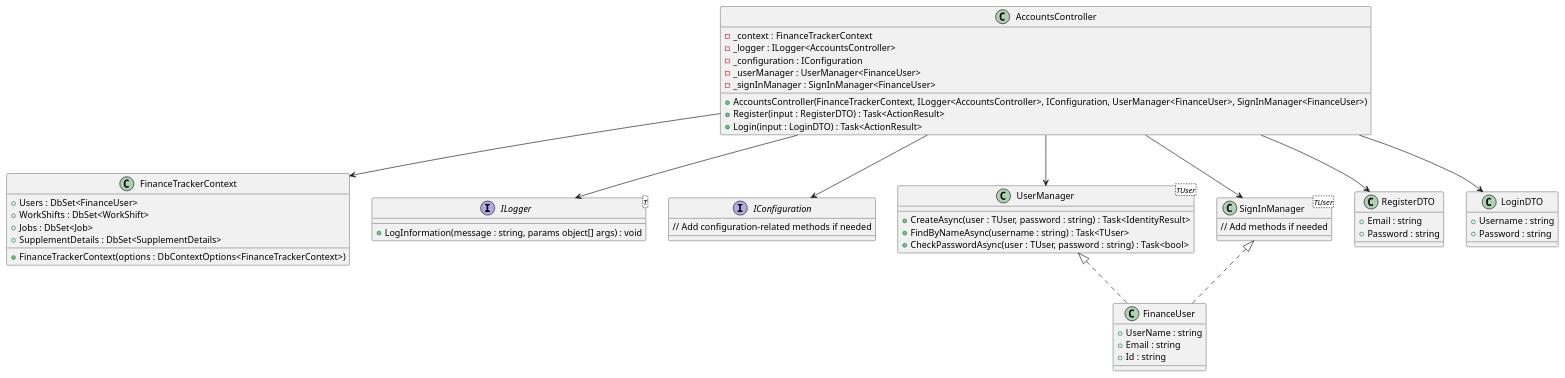
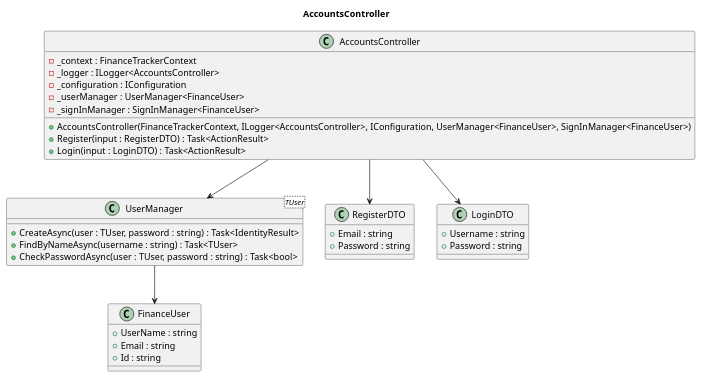
Before and after one commit to a-chiha/FinanceTrackerBackend: the diagram in diagrams/backend/AccountControllerDiagram.puml, drawn with PlantUML. The commit also changed 12 other files, not shown here.

```diff
--- a/diagrams/backend/AccountControllerDiagram.puml
+++ b/diagrams/backend/AccountControllerDiagram.puml
@@ -1,64 +1,51 @@
 @startuml
+title AccountsController
 class AccountsController {
     - _context : FinanceTrackerContext
     - _logger : ILogger<AccountsController>
     - _configuration : IConfiguration
     - _userManager : UserManager<FinanceUser>
     - _signInManager : SignInManager<FinanceUser>
     + AccountsController(FinanceTrackerContext, ILogger<AccountsController>, IConfiguration, UserManager<FinanceUser>, SignInManager<FinanceUser>)
     + Register(input : RegisterDTO) : Task<ActionResult>
     + Login(input : LoginDTO) : Task<ActionResult>
 }
 
-class FinanceTrackerContext {
-    + FinanceTrackerContext(options : DbContextOptions<FinanceTrackerContext>)
-    + Users : DbSet<FinanceUser>
-    + WorkShifts : DbSet<WorkShift>
-    + Jobs : DbSet<Job>
-    + SupplementDetails : DbSet<SupplementDetails>
-}
+' interface ILogger<T> {
+'     + LogInformation(message : string, params object[] args) : void
+' }
 
-interface ILogger<T> {
-    + LogInformation(message : string, params object[] args) : void
-}
-
-interface IConfiguration {
-    // Add configuration-related methods if needed
-}
+' interface IConfiguration {
+'     // Add configuration-related methods if needed
+' }
 
 class UserManager<TUser> {
     + CreateAsync(user : TUser, password : string) : Task<IdentityResult>
     + FindByNameAsync(username : string) : Task<TUser>
     + CheckPasswordAsync(user : TUser, password : string) : Task<bool>
 }
 
-class SignInManager<TUser> {
-    // Add methods if needed
-}
 
 class FinanceUser {
     + UserName : string
     + Email : string
     + Id : string
 }
 
 class RegisterDTO {
     + Email : string
     + Password : string
 }
 
 class LoginDTO {
     + Username : string
     + Password : string
 }
 
-AccountsController --> FinanceTrackerContext
-AccountsController --> ILogger
-AccountsController --> IConfiguration
 AccountsController --> UserManager
-AccountsController --> SignInManager
+' AccountsController --> SignInManager
 AccountsController --> RegisterDTO
 AccountsController --> LoginDTO
-UserManager <|.. FinanceUser
-SignInManager <|.. FinanceUser
+UserManager --> FinanceUser
+
 @enduml
```
